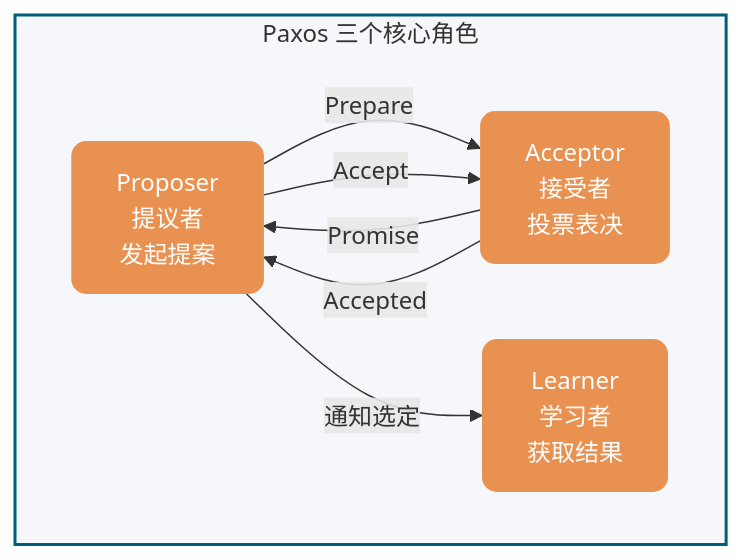
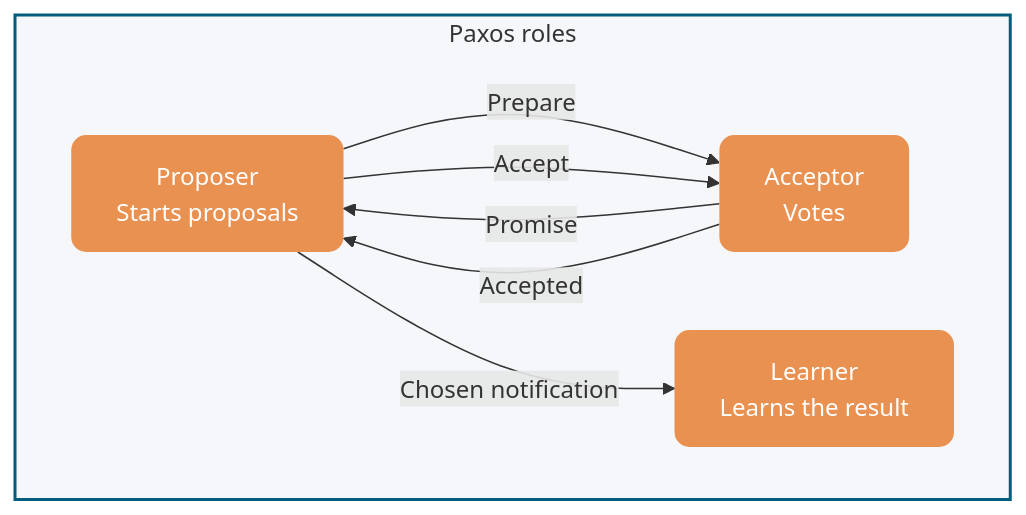
One commit to m3h3d1/JavaGuideEn changed the first of 6 diagrams in docs/distributed-system/protocol/paxos-algorithm.md. Above: the diagram before and after it, drawn with Mermaid. The commit also changed other lines of this file and 16 other files, not shown here.

````diff
--- a/docs/distributed-system/protocol/paxos-algorithm.md
+++ b/docs/distributed-system/protocol/paxos-algorithm.md
@@ -69,20 +59,17 @@
 ```mermaid
 flowchart LR
-    subgraph Roles["Paxos 三个核心角色"]
+    subgraph Roles["Paxos roles"]
         direction LR
-        Prop[Proposer<br/>提议者<br/>发起提案]
-        Acc[Acceptor<br/>接受者<br/>投票表决]
-        Lear[Learner<br/>学习者<br/>获取结果]
+        Prop[Proposer<br/>Starts proposals]
+        Acc[Acceptor<br/>Votes]
+        Lear[Learner<br/>Learns the result]
     end
-
     Prop -->|Prepare| Acc
     Acc -->|Promise| Prop
     Prop -->|Accept| Acc
     Acc -->|Accepted| Prop
-    Prop -->|通知选定| Lear
-
+    Prop -->|Chosen notification| Lear
     style Roles fill:#F5F7FA,color:#333,stroke:#005D7B,stroke-width:2px
     classDef role fill:#E99151,color:#FFFFFF,stroke:none,rx:10,ry:10
-
     class Prop,Acc,Lear role
 ```
````
